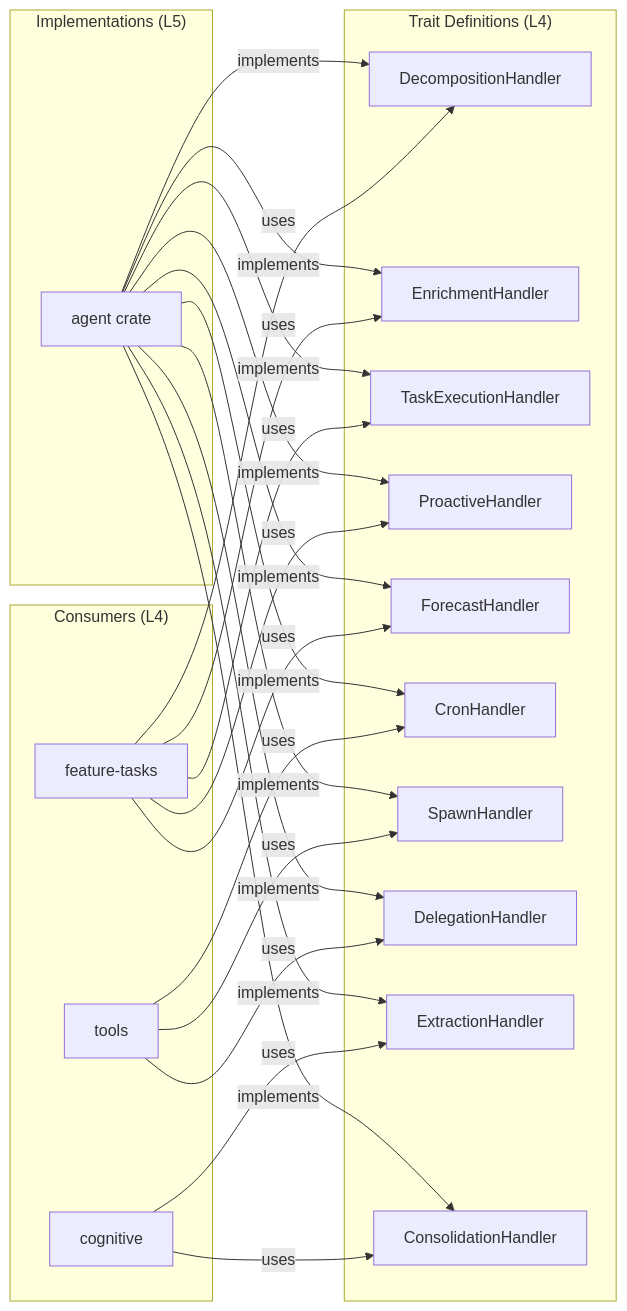
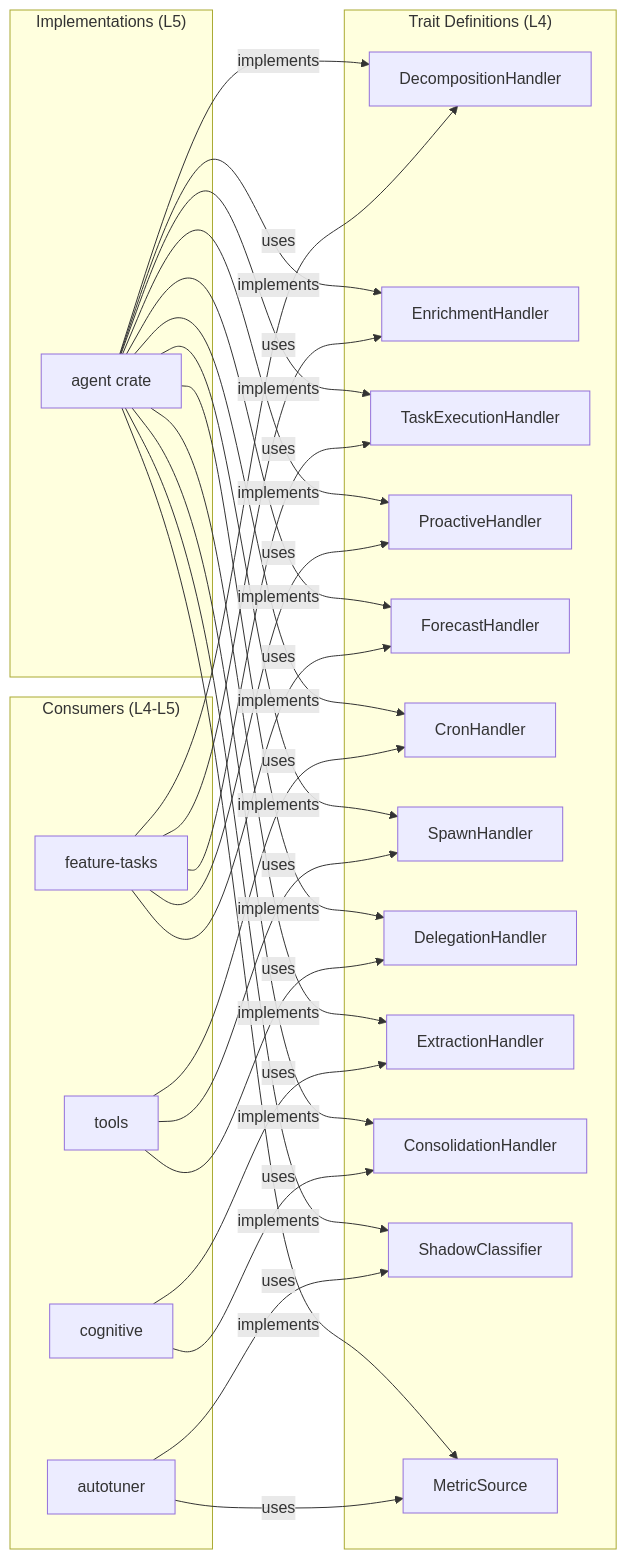
One commit to KlyntLabs/klyntbot changed the second of 3 diagrams in docs/architecture/10-feature-interconnections.md. Above: the diagram before and after it, drawn with Mermaid. The commit also changed other lines of this file and 14 other files, not shown here.

First line of the commit message:
docs(architecture): add autotuner crate to architecture documentation

````diff
--- a/docs/architecture/10-feature-interconnections.md
+++ b/docs/architecture/10-feature-interconnections.md
@@ -155,33 +167,38 @@
 ```mermaid
 graph LR
     subgraph "Trait Definitions (L4)"
         DH[DecompositionHandler]
         EH[EnrichmentHandler]
         TEH[TaskExecutionHandler]
         PH[ProactiveHandler]
         FH[ForecastHandler]
         CH[CronHandler]
         SH[SpawnHandler]
         DLH[DelegationHandler]
         EXTH[ExtractionHandler]
         CONSH[ConsolidationHandler]
+        SC[ShadowClassifier]
+        MS[MetricSource]
     end
 
     subgraph "Implementations (L5)"
         AGENT[agent crate]
     end
 
-    subgraph "Consumers (L4)"
+    subgraph "Consumers (L4-L5)"
         TASKS[feature-tasks]
         TOOLS[tools]
         COGNITIVE[cognitive]
+        AUTOTUNER[autotuner]
     end
 
     AGENT -->|implements| DH & EH & TEH & PH & FH
     AGENT -->|implements| CH & SH & DLH
     AGENT -->|implements| EXTH & CONSH
+    AGENT -->|implements| SC & MS
 
     TASKS -->|uses| DH & EH & TEH & PH & FH
     TOOLS -->|uses| CH & SH & DLH
     COGNITIVE -->|uses| EXTH & CONSH
+    AUTOTUNER -->|uses| SC & MS
 ```
````
